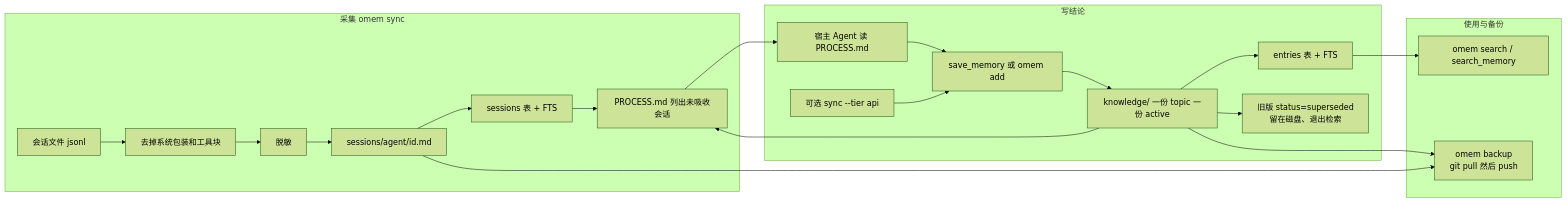
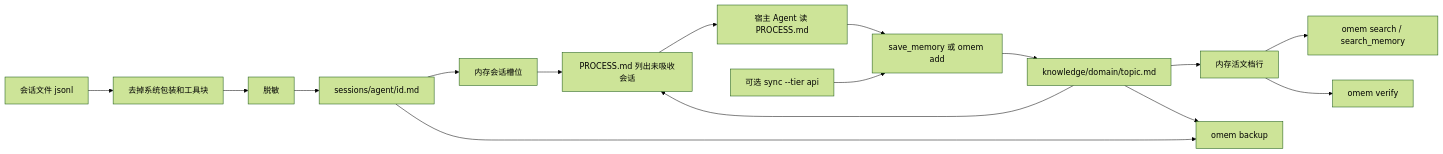
One commit to jeeinn/omem changed the second of 3 diagrams in ARCHITECTURE.md. Above: the diagram before and after it, drawn with Mermaid (forest theme). The commit also changed other lines of this file and 14 other files, not shown here.

First line of the commit message:
docs: v0.2 文档全面对齐（ARCHITECTURE 重写 + README/AGENTS/手册/发布说明）

````diff
--- a/ARCHITECTURE.md
+++ b/ARCHITECTURE.md
@@ -113,26 +139,18 @@
 ```mermaid
 flowchart LR
-  subgraph ingest [采集 omem sync]
-    A[会话文件 jsonl] --> B[去掉系统包装和工具块]
-    B --> C[脱敏]
-    C --> D["sessions/agent/id.md"]
-    D --> E[sessions 表 + FTS]
-    E --> F[PROCESS.md 列出未吸收会话]
-  end
-
-  subgraph conclude [写结论]
-    F --> G[宿主 Agent 读 PROCESS.md]
-    G --> H["save_memory 或 omem add"]
-    I["可选 sync --tier api"] --> H
-    H --> J["knowledge/ 一份 topic 一份 active"]
-    J --> K[entries 表 + FTS]
-    J --> L["旧版 status=superseded<br/>留在磁盘、退出检索"]
-    J --> F
-  end
-
-  subgraph use [使用与备份]
-    K --> M[omem search / search_memory]
-    J --> N["omem backup<br/>git pull 然后 push"]
-    D --> N
-  end
+  A[会话文件 jsonl] --> B[去掉系统包装和工具块]
+  B --> C[脱敏]
+  C --> D["sessions/agent/id.md"]
+  D --> E[内存会话槽位]
+  E --> F["PROCESS.md 列出未吸收会话"]
+  F --> G[宿主 Agent 读 PROCESS.md]
+  G --> H["save_memory 或 omem add"]
+  I["可选 sync --tier api"] --> H
+  H --> J["knowledge/domain/topic.md"]
+  J --> K[内存活文档行]
+  J --> F
+  K --> M[omem search / search_memory]
+  J --> N["omem backup"]
+  D --> N
+  K --> V["omem verify"]
 ```
````
